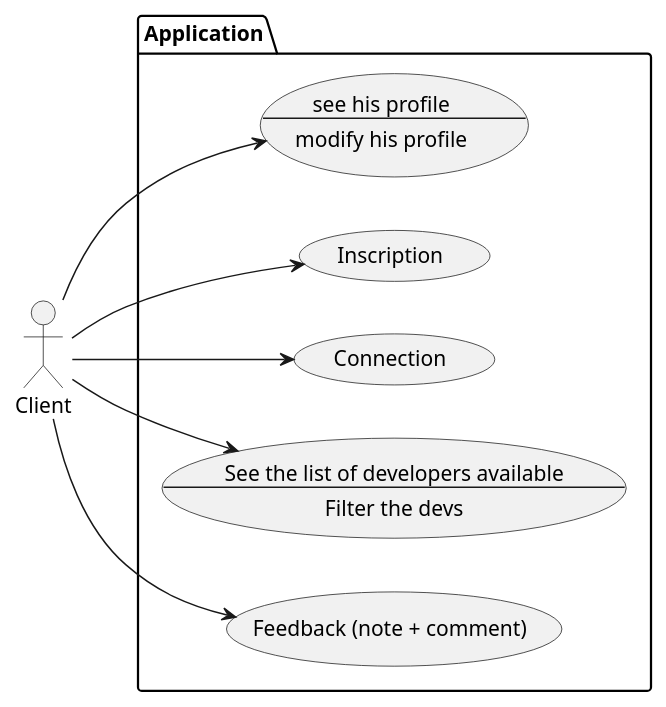
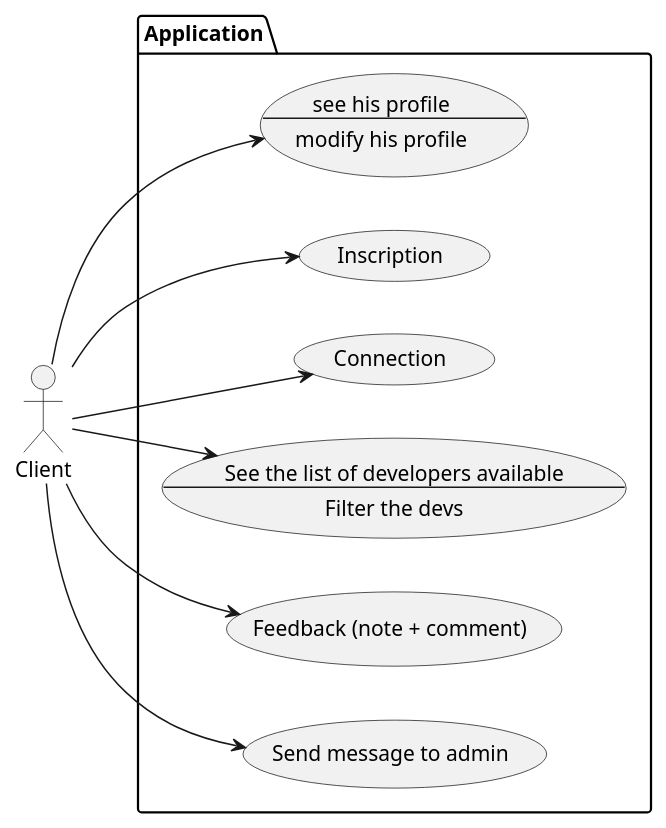
One commit to Loic-Jhs/deverr-back changed the diagram in docs/usecases/client_usecases.plantuml. Above: the diagram before and after it, drawn with PlantUML. The commit also changed 5 other files, not shown here.

```diff
--- a/docs/usecases/client_usecases.plantuml
+++ b/docs/usecases/client_usecases.plantuml
@@ -1,23 +1,25 @@
 @startuml Client
 left to right direction
 
 :Client: as client
 
 package Application {
     usecase "Inscription" as inscription
     usecase "Connection" as connection
     usecase see_devs as "See the list of developers available
     --
     Filter the devs"
     usecase see_profile as "see his profile
     --
     modify his profile"
     usecase "Feedback (note + comment)" as feedback
+    usecase "Send message to admin" as send_message_to_admin
 }
 
 client --> inscription
 client --> connection
 client --> see_devs
 client -> see_profile
 client --> feedback
+client --> send_message_to_admin
 @enduml
```
